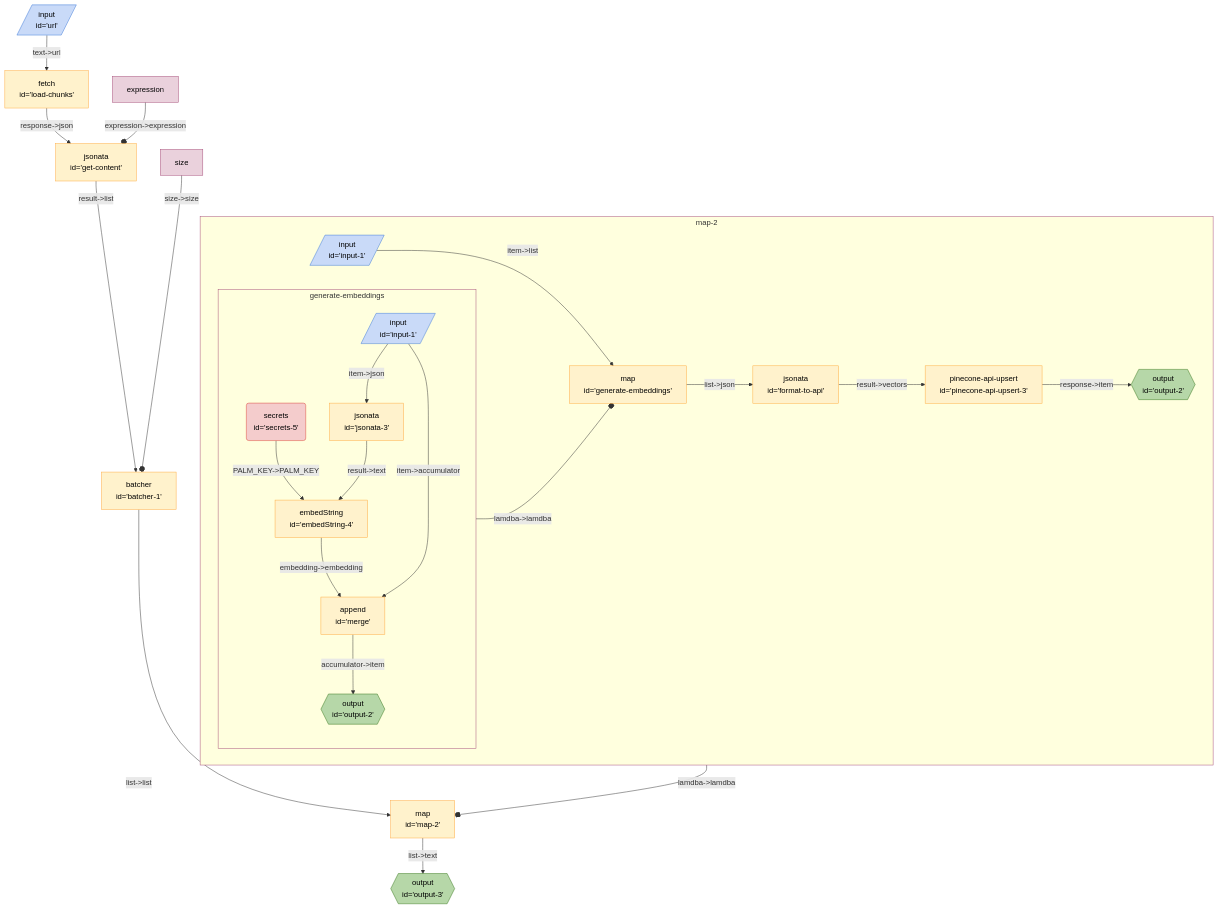
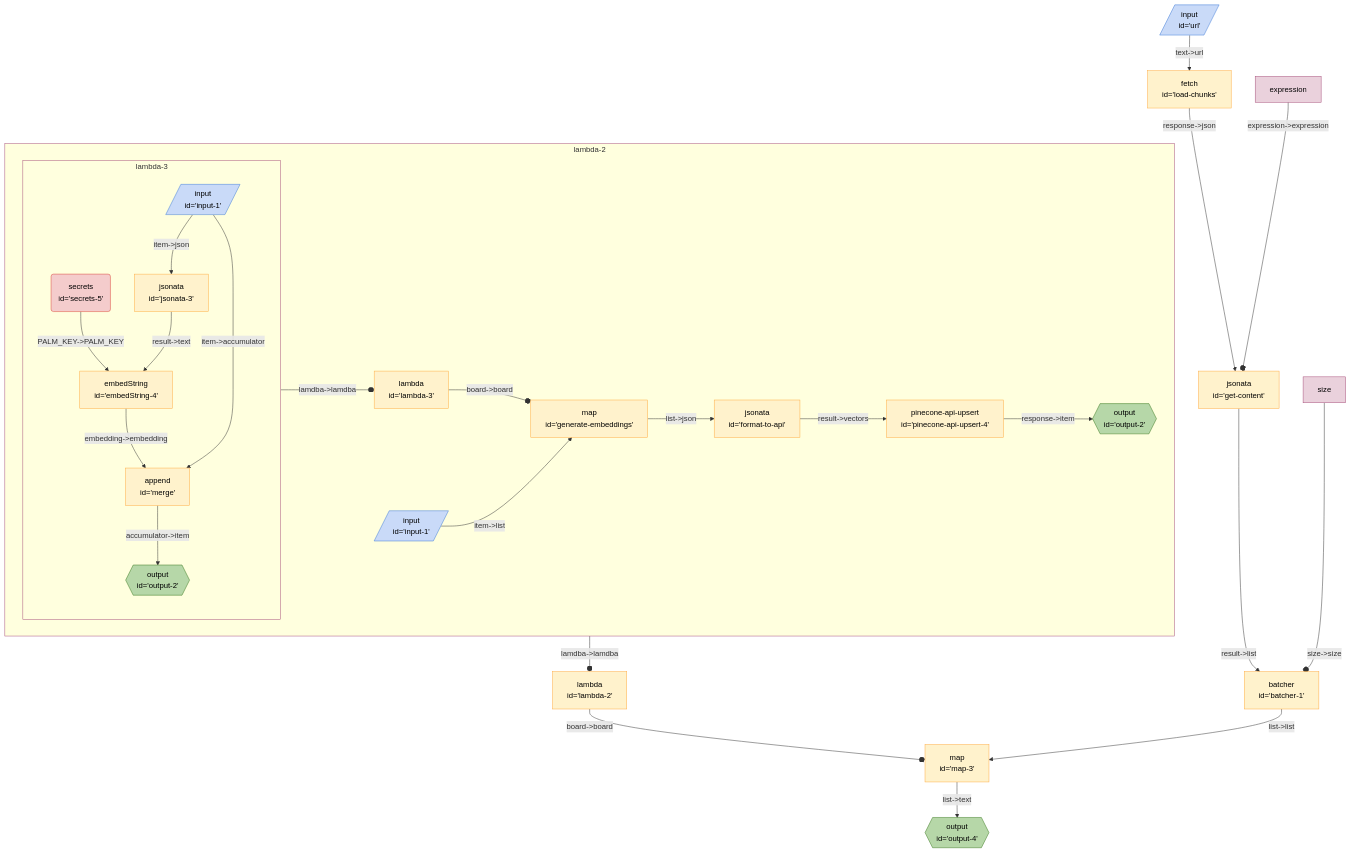
Before and after one commit to breadboard-ai/breadboard: the diagram in seeds/graph-playground/docs/graphs/pinecone-load.md, drawn with Mermaid. The commit also changed 9 other files, not shown here.

Commit message:
[lambda, cleanup] update sample graphs

````diff
--- a/seeds/graph-playground/docs/graphs/pinecone-load.md
+++ b/seeds/graph-playground/docs/graphs/pinecone-load.md
@@ -5,42 +5,44 @@
   ```mermaid
   %%{init: 'themeVariables': { 'fontFamily': 'Fira Code, monospace' }}%%
 graph TD;
-map2["map <br> id='map-2'"] -- "list->text" --> output3{{"output <br> id='output-3'"}}:::output
-subgraph sg_map2 [map-2]
-map2_pineconeapiupsert3["pinecone-api-upsert <br> id='pinecone-api-upsert-3'"] -- "response->item" --> map2_output2{{"output <br> id='output-2'"}}:::output
-map2_formattoapi["jsonata <br> id='format-to-api'"] -- "result->vectors" --> map2_pineconeapiupsert3["pinecone-api-upsert <br> id='pinecone-api-upsert-3'"]
-map2_generateembeddings["map <br> id='generate-embeddings'"] -- "list->json" --> map2_formattoapi["jsonata <br> id='format-to-api'"]
-subgraph sg_generateembeddings [generate-embeddings]
-map2_generateembeddings_embedString4["embedString <br> id='embedString-4'"] -- "embedding->embedding" --> map2_generateembeddings_merge["append <br> id='merge'"]
-map2_generateembeddings_secrets5("secrets <br> id='secrets-5'"):::secrets -- "PALM_KEY->PALM_KEY" --> map2_generateembeddings_embedString4["embedString <br> id='embedString-4'"]
-map2_generateembeddings_jsonata3["jsonata <br> id='jsonata-3'"] -- "result->text" --> map2_generateembeddings_embedString4["embedString <br> id='embedString-4'"]
-map2_generateembeddings_input1[/"input <br> id='input-1'"/]:::input -- "item->json" --> map2_generateembeddings_jsonata3["jsonata <br> id='jsonata-3'"]
-map2_generateembeddings_merge["append <br> id='merge'"] -- "accumulator->item" --> map2_generateembeddings_output2{{"output <br> id='output-2'"}}:::output
-map2_generateembeddings_input1[/"input <br> id='input-1'"/]:::input -- "item->accumulator" --> map2_generateembeddings_merge["append <br> id='merge'"]
+lambda2["lambda <br> id='lambda-2'"] -- "board->board" --o map3["map <br> id='map-3'"]
+subgraph sg_lambda2 [lambda-2]
+lambda2_lambda3["lambda <br> id='lambda-3'"] -- "board->board" --o lambda2_generateembeddings["map <br> id='generate-embeddings'"]
+subgraph sg_lambda3 [lambda-3]
+lambda2_lambda3_embedString4["embedString <br> id='embedString-4'"] -- "embedding->embedding" --> lambda2_lambda3_merge["append <br> id='merge'"]
+lambda2_lambda3_secrets5("secrets <br> id='secrets-5'"):::secrets -- "PALM_KEY->PALM_KEY" --> lambda2_lambda3_embedString4["embedString <br> id='embedString-4'"]
+lambda2_lambda3_jsonata3["jsonata <br> id='jsonata-3'"] -- "result->text" --> lambda2_lambda3_embedString4["embedString <br> id='embedString-4'"]
+lambda2_lambda3_input1[/"input <br> id='input-1'"/]:::input -- "item->json" --> lambda2_lambda3_jsonata3["jsonata <br> id='jsonata-3'"]
+lambda2_lambda3_merge["append <br> id='merge'"] -- "accumulator->item" --> lambda2_lambda3_output2{{"output <br> id='output-2'"}}:::output
+lambda2_lambda3_input1[/"input <br> id='input-1'"/]:::input -- "item->accumulator" --> lambda2_lambda3_merge["append <br> id='merge'"]
 
 
 end
-sg_generateembeddings:::slotted -- "lamdba->lamdba" --o map2_generateembeddings
+sg_lambda3:::slotted -- "lamdba->lamdba" --o lambda2_lambda3
 
-map2_input1[/"input <br> id='input-1'"/]:::input -- "item->list" --> map2_generateembeddings["map <br> id='generate-embeddings'"]
+lambda2_pineconeapiupsert4["pinecone-api-upsert <br> id='pinecone-api-upsert-4'"] -- "response->item" --> lambda2_output2{{"output <br> id='output-2'"}}:::output
+lambda2_formattoapi["jsonata <br> id='format-to-api'"] -- "result->vectors" --> lambda2_pineconeapiupsert4["pinecone-api-upsert <br> id='pinecone-api-upsert-4'"]
+lambda2_generateembeddings["map <br> id='generate-embeddings'"] -- "list->json" --> lambda2_formattoapi["jsonata <br> id='format-to-api'"]
+lambda2_input1[/"input <br> id='input-1'"/]:::input -- "item->list" --> lambda2_generateembeddings["map <br> id='generate-embeddings'"]
 
 
 end
-sg_map2:::slotted -- "lamdba->lamdba" --o map2
+sg_lambda2:::slotted -- "lamdba->lamdba" --o lambda2
 
-batcher1["batcher <br> id='batcher-1'"] -- "list->list" --> map2["map <br> id='map-2'"]
+map3["map <br> id='map-3'"] -- "list->text" --> output4{{"output <br> id='output-4'"}}:::output
+batcher1["batcher <br> id='batcher-1'"] -- "list->list" --> map3["map <br> id='map-3'"]
 getcontent["jsonata <br> id='get-content'"] -- "result->list" --> batcher1["batcher <br> id='batcher-1'"]
 loadchunks["fetch <br> id='load-chunks'"] -- "response->json" --> getcontent["jsonata <br> id='get-content'"]
 url[/"input <br> id='url'"/]:::input -- "text->url" --> loadchunks["fetch <br> id='load-chunks'"]
 expressiongetcontent[expression]:::config -- "expression->expression" --o getcontent
 sizebatcher1[size]:::config -- "size->size" --o batcher1
 
 classDef default stroke:#ffab40,fill:#fff2ccff,color:#000
 classDef input stroke:#3c78d8,fill:#c9daf8ff,color:#000
 classDef output stroke:#38761d,fill:#b6d7a8ff,color:#000
 classDef passthrough stroke:#a64d79,fill:#ead1dcff,color:#000
 classDef slot stroke:#a64d79,fill:#ead1dcff,color:#000
 classDef config stroke:#a64d79,fill:#ead1dcff,color:#000
 classDef secrets stroke:#db4437,fill:#f4cccc,color:#000
 classDef slotted stroke:#a64d79
   ```
````
